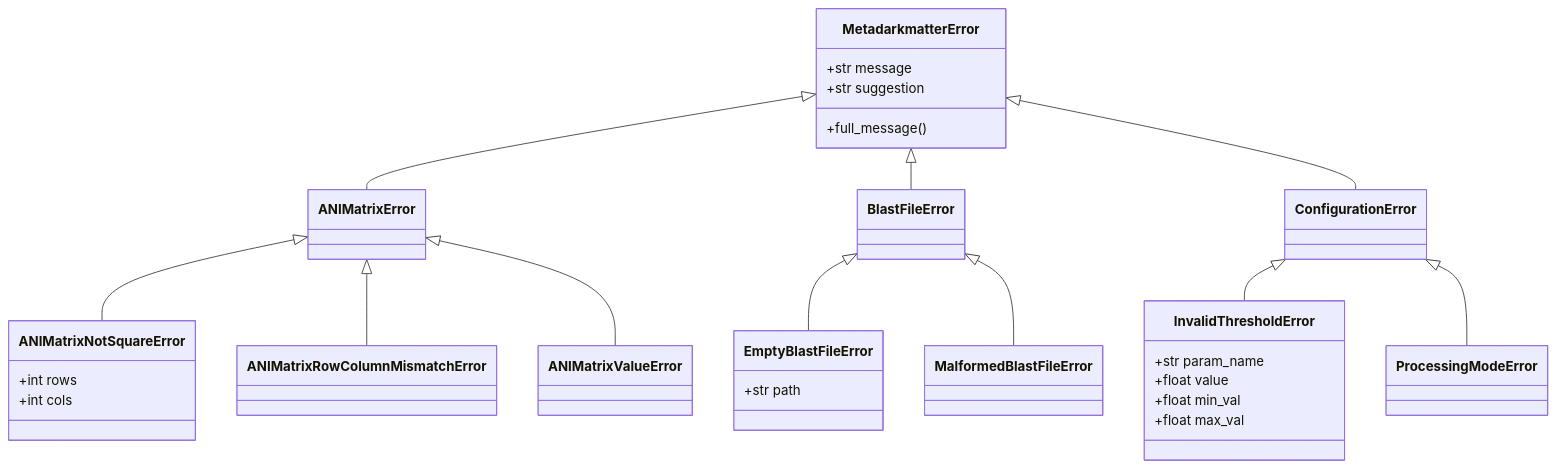
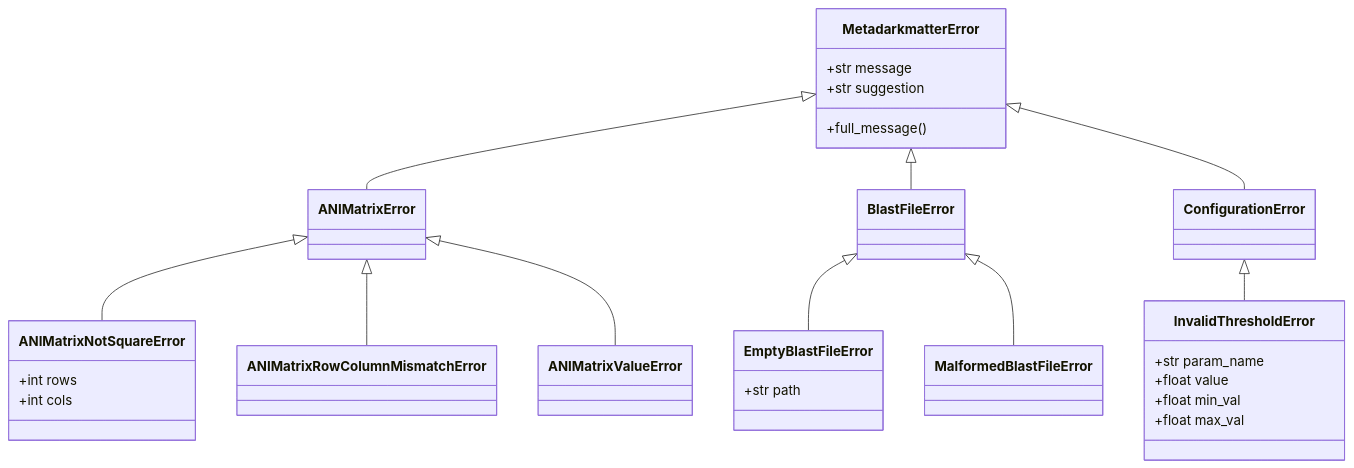
One commit to FOI-Bioinformatics/metadarkmatter changed the seventh of 21 diagrams in docs/ARCHITECTURE.md. Above: the diagram before and after it, drawn with Mermaid. The commit also changed other lines of this file and 19 other files, not shown here.

````diff
--- a/docs/ARCHITECTURE.md
+++ b/docs/ARCHITECTURE.md
@@ -268,38 +236,37 @@
 ```mermaid
 classDiagram
     MetadarkmatterError <|-- ANIMatrixError
     MetadarkmatterError <|-- BlastFileError
     MetadarkmatterError <|-- ConfigurationError
 
     ANIMatrixError <|-- ANIMatrixNotSquareError
     ANIMatrixError <|-- ANIMatrixRowColumnMismatchError
     ANIMatrixError <|-- ANIMatrixValueError
 
     BlastFileError <|-- EmptyBlastFileError
     BlastFileError <|-- MalformedBlastFileError
 
     ConfigurationError <|-- InvalidThresholdError
-    ConfigurationError <|-- ProcessingModeError
 
     class MetadarkmatterError {
         +str message
         +str suggestion
         +full_message()
     }
 
     class ANIMatrixNotSquareError {
         +int rows
         +int cols
     }
 
     class EmptyBlastFileError {
         +str path
     }
 
     class InvalidThresholdError {
         +str param_name
         +float value
         +float min_val
         +float max_val
     }
 ```
````
